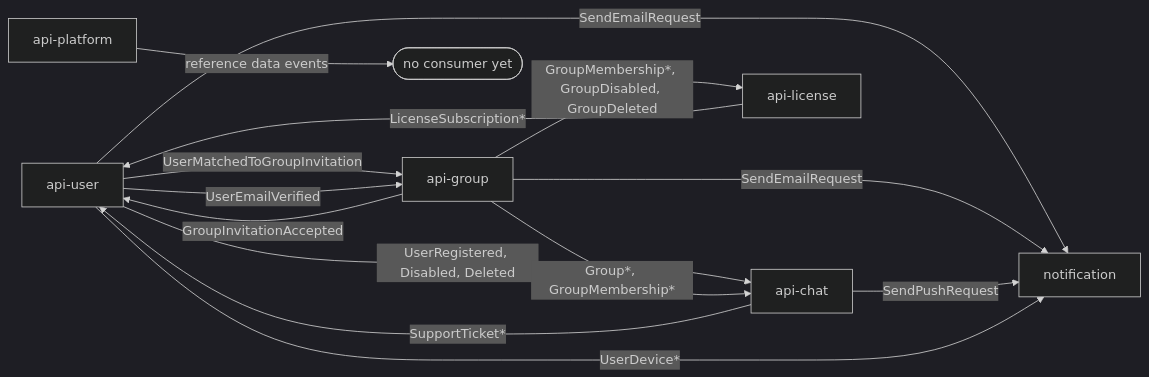
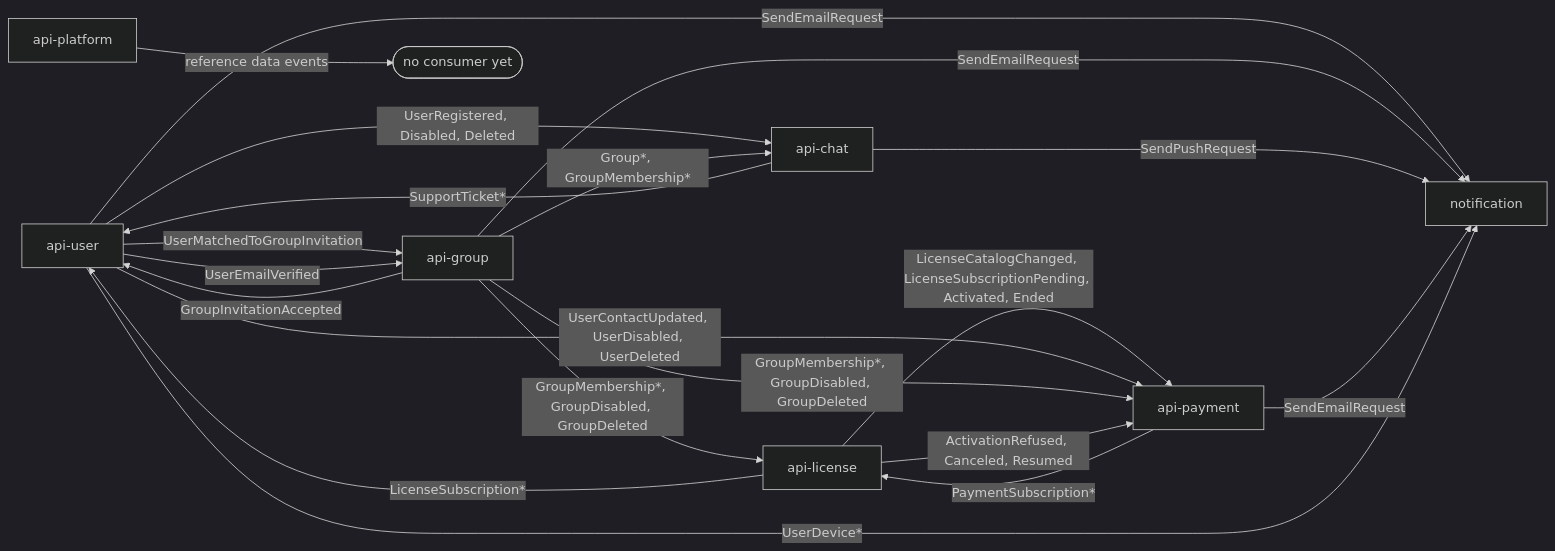
Before and after one commit to dragos-galeteanu/trip-huddle-backend: the second of 2 diagrams in amqp/docs/README.md, drawn with Mermaid (dark theme). The commit also changed other lines of this file and 178 other files, not shown here.

````diff
--- a/amqp/docs/README.md
+++ b/amqp/docs/README.md
@@ -54,16 +66,22 @@
 ```mermaid
 flowchart LR
     U[api-user] -- SendEmailRequest --> N[notification]
     G[api-group] -- SendEmailRequest --> N
     G -- GroupInvitationAccepted --> U
     U -- UserMatchedToGroupInvitation --> G
     U -- UserEmailVerified --> G
     U -- "UserRegistered, Disabled, Deleted" --> CH[api-chat]
     G -- "Group*, GroupMembership*" --> CH
     CH -- SendPushRequest --> N
     CH -- "SupportTicket*" --> U
     G -- "GroupMembership*, GroupDisabled, GroupDeleted" --> L[api-license]
     L -- "LicenseSubscription*" --> U
+    L -- "LicenseCatalogChanged, LicenseSubscriptionPending, Activated, Ended" --> PA[api-payment]
+    U -- "UserContactUpdated, UserDisabled, UserDeleted" --> PA
+    G -- "GroupMembership*, GroupDisabled, GroupDeleted" --> PA
+    PA -- "PaymentSubscription*" --> L
+    L -- "ActivationRefused, Canceled, Resumed" --> PA
+    PA -- SendEmailRequest --> N
     U -- "UserDevice*" --> N
     PL[api-platform] -- reference data events --> X([no consumer yet])
 ```
````
